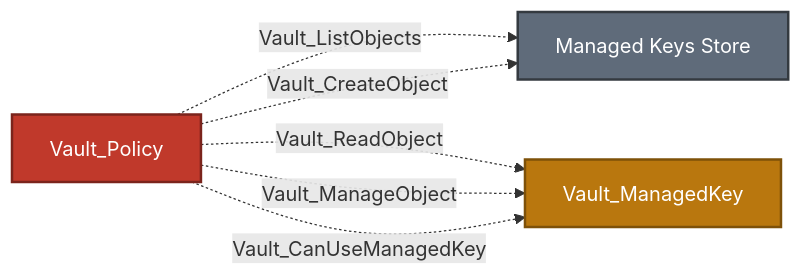
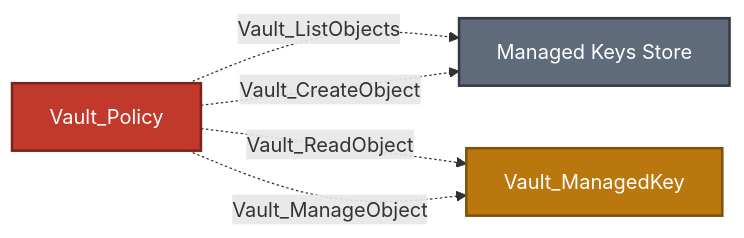
Before and after one commit to bytewreck/opengraph-vault: the second of 3 diagrams in Documentation/stores/MANAGED_KEYS.md, drawn with Mermaid. The commit also changed other lines of this file and 7 other files, not shown here.

````diff
--- a/Documentation/stores/MANAGED_KEYS.md
+++ b/Documentation/stores/MANAGED_KEYS.md
@@ -92,12 +99,11 @@
 ```mermaid
 flowchart LR
     policy[Vault_Policy]:::policyNode -.->|Vault_ListObjects| store[Managed Keys Store]:::storeNode
     policy -.->|Vault_CreateObject| store
     policy -.->|Vault_ReadObject| managed[Vault_ManagedKey]:::managedKeyNode
     policy -.->|Vault_ManageObject| managed
-    policy -.->|Vault_CanUseManagedKey| managed
 
     classDef policyNode fill:#C0392B,color:#fff,stroke:#7B241C,stroke-width:2px
     classDef storeNode fill:#5F6B7A,color:#fff,stroke:#343A40,stroke-width:2px
     classDef managedKeyNode fill:#B9770E,color:#fff,stroke:#7E5109,stroke-width:2px
 ```
````
